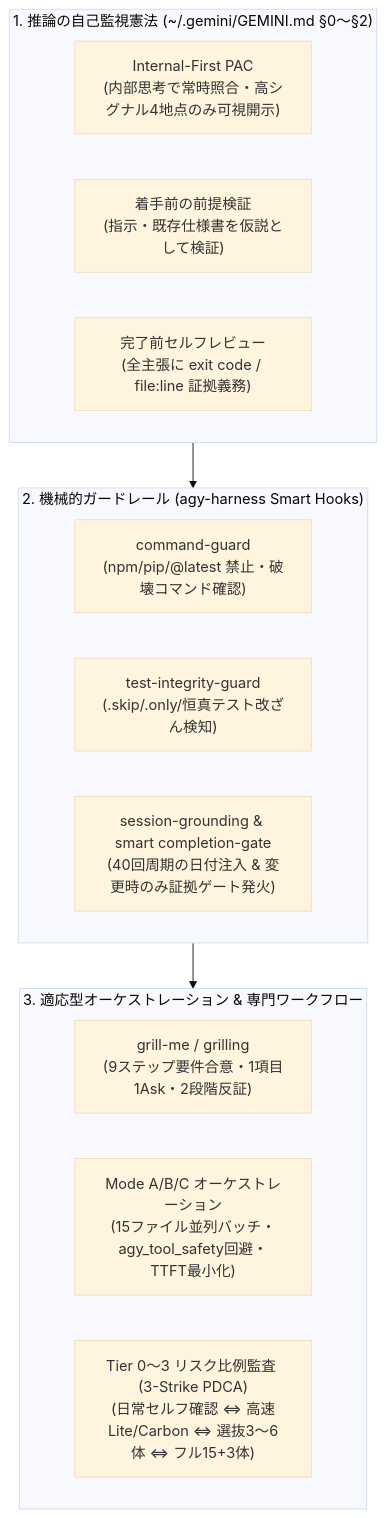
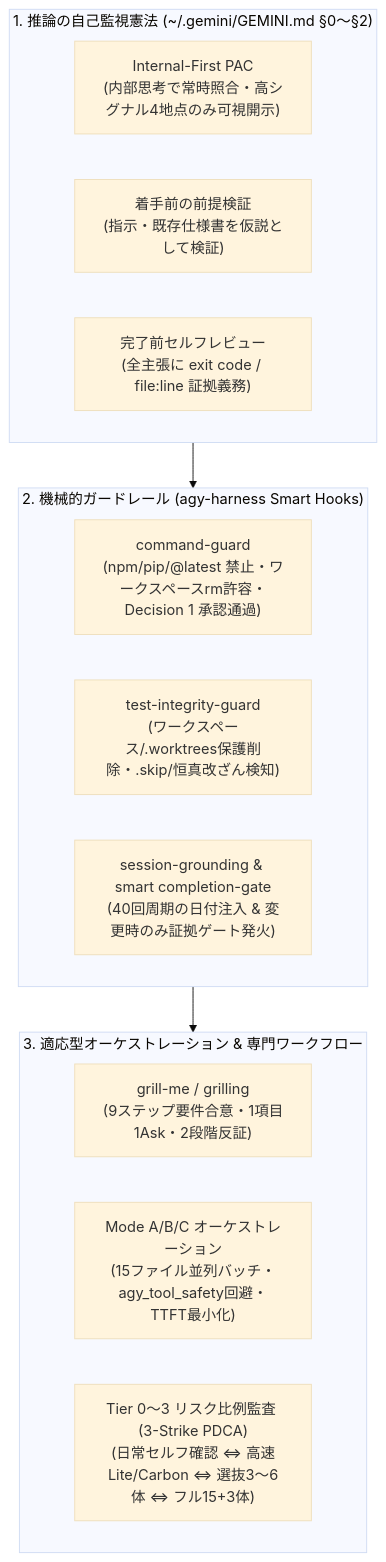
One commit to Haratakeshi/antigravity-multiagent-setup-ja changed the diagram in README.md. Above: the diagram before and after it, drawn with Mermaid (base theme). The commit also changed other lines of this file and 13 other files, not shown here.

````diff
--- a/README.md
+++ b/README.md
@@ -80,22 +86,22 @@
 ```mermaid
 flowchart TB
     subgraph L1["1. 推論の自己監視憲法 (~/.gemini/GEMINI.md §0〜§2)"]
         PAC["Internal-First PAC\n(内部思考で常時照合・高シグナル4地点のみ可視開示)"]
         PV["着手前の前提検証\n(指示・既存仕様書を仮説として検証)"]
         SR["完了前セルフレビュー\n(全主張に exit code / file:line 証拠義務)"]
     end
 
     subgraph L2["2. 機械的ガードレール (agy-harness Smart Hooks)"]
-        CG["command-guard\n(npm/pip/@latest 禁止・破壊コマンド確認)"]
-        TG["test-integrity-guard\n(.skip/.only/恒真テスト改ざん検知)"]
+        CG["command-guard\n(npm/pip/@latest 禁止・ワークスペースrm許容・Decision 1 承認通過)"]
+        TG["test-integrity-guard\n(ワークスペース/.worktrees保護削除・.skip/恒真改ざん検知)"]
         SG["session-grounding & smart completion-gate\n(40回周期の日付注入 & 変更時のみ証拠ゲート発火)"]
     end
 
     subgraph L3["3. 適応型オーケストレーション & 専門ワークフロー"]
         GM["grill-me / grilling\n(9ステップ要件合意・1項目1Ask・2段階反証)"]
         MA["Mode A/B/C オーケストレーション\n(15ファイル並列バッチ・agy_tool_safety回避・TTFT最小化)"]
         MAO["Tier 0〜3 リスク比例監査 (3-Strike PDCA)\n(日常セルフ確認 ⇔ 高速Lite/Carbon ⇔ 選抜3〜6体 ⇔ フル15+3体)"]
     end
 
     L1 --> L2 --> L3
 ```
````
